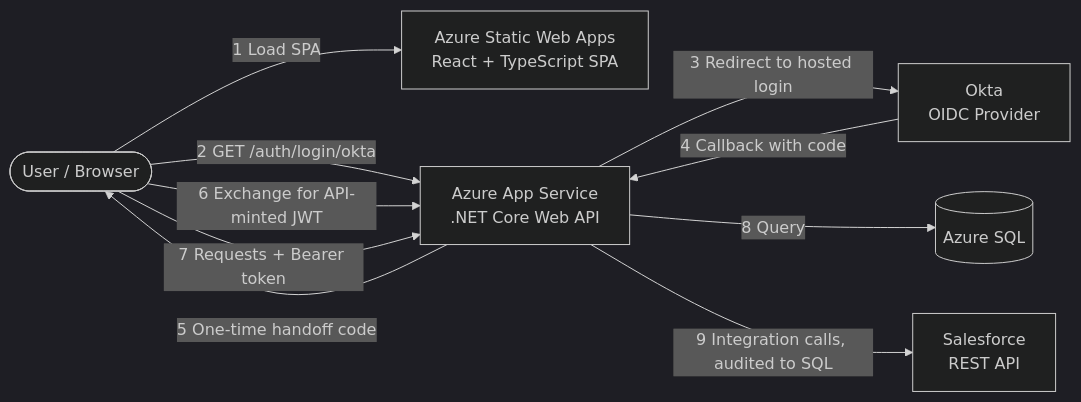
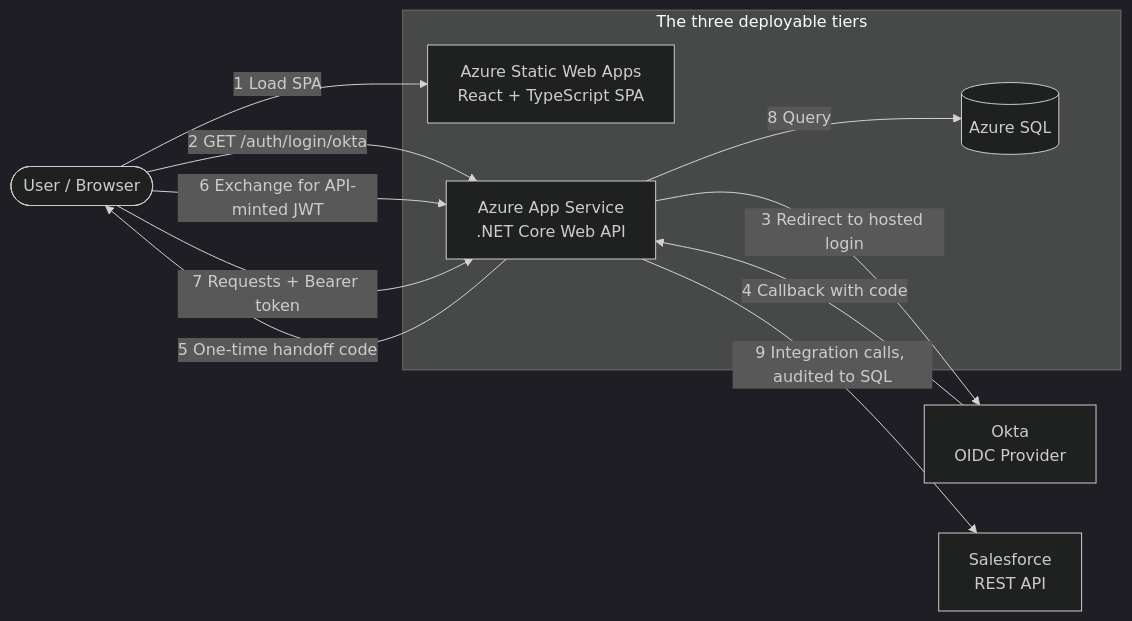
The diagram in README.md (IainBowler/IntegrationDashboard), drawn with Mermaid (dark theme) before and after one commit. The commit also changed other lines of this file, not shown here.

Commit message:
docs: box the three tiers in the architecture diagram, mark Okta/Salesforce as external systems

````diff
--- a/README.md
+++ b/README.md
@@ -30,19 +32,22 @@
 ```mermaid
 graph LR
     User([User / Browser])
     Okta[Okta<br/>OIDC Provider]
-    SWA[Azure Static Web Apps<br/>React + TypeScript SPA]
-    API[Azure App Service<br/>.NET Core Web API]
-    DB[(Azure SQL)]
     SF[Salesforce<br/>REST API]
+
+    subgraph Tiers[The three deployable tiers]
+        SWA[Azure Static Web Apps<br/>React + TypeScript SPA]
+        API[Azure App Service<br/>.NET Core Web API]
+        DB[(Azure SQL)]
+    end
 
     User -->|1 Load SPA| SWA
     User -->|2 GET /auth/login/okta| API
     API -->|3 Redirect to hosted login| Okta
     Okta -->|4 Callback with code| API
     API -->|5 One-time handoff code| User
     User -->|6 Exchange for API-minted JWT| API
     User -->|7 Requests + Bearer token| API
     API -->|8 Query| DB
     API -->|9 Integration calls, audited to SQL| SF
 ```
````
